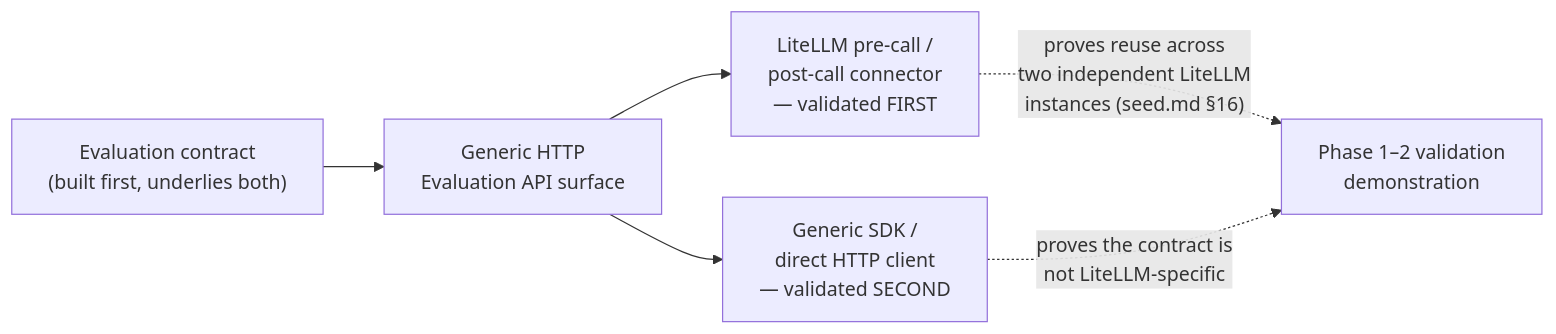
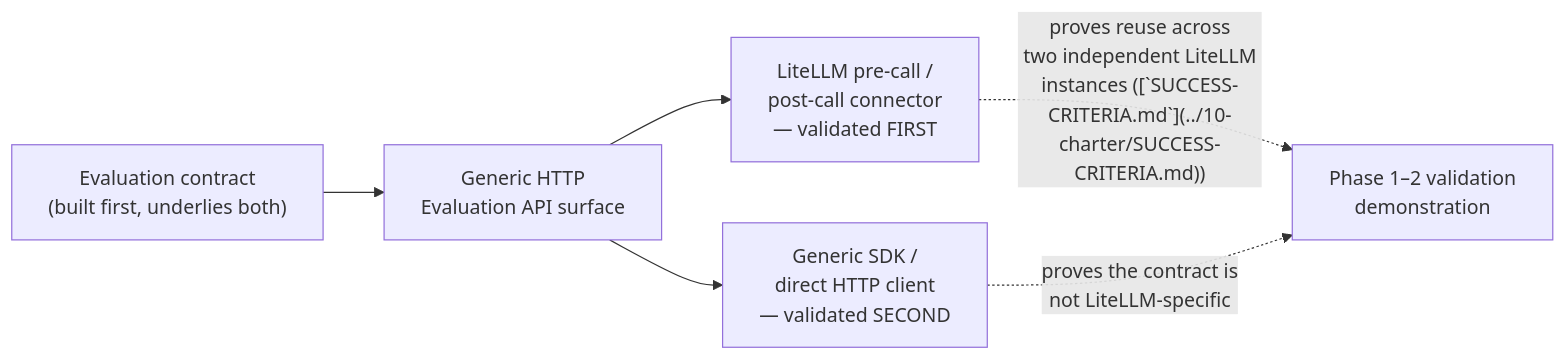
The fifth of 7 diagrams in solution-docs/60-delivery/IMPLEMENTATION-STRATEGY.md (veglezMX/guardrails), drawn with Mermaid before and after one commit. The commit also changed other lines of this file and 91 other files, not shown here.

````diff
--- a/solution-docs/60-delivery/IMPLEMENTATION-STRATEGY.md
+++ b/solution-docs/60-delivery/IMPLEMENTATION-STRATEGY.md
@@ -226,8 +226,8 @@
 ```mermaid
 flowchart LR
     EC["Evaluation contract\n(built first, underlies both)"] --> API["Generic HTTP\nEvaluation API surface"]
     API --> LC["LiteLLM pre-call /\npost-call connector\n— validated FIRST"]
     API --> SDK["Generic SDK /\ndirect HTTP client\n— validated SECOND"]
-    LC -. "proves reuse across\ntwo independent LiteLLM\ninstances (seed.md §16)" .-> Demo["Phase 1–2 validation\ndemonstration"]
+ LC -. "proves reuse across\ntwo independent LiteLLM\ninstances ([`SUCCESS-CRITERIA.md`](../10-charter/SUCCESS-CRITERIA.md))" .-> Demo["Phase 1–2 validation\ndemonstration"]
     SDK -. "proves the contract is\nnot LiteLLM-specific" .-> Demo
 ```
````
